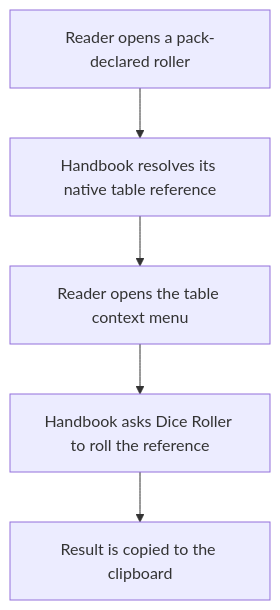
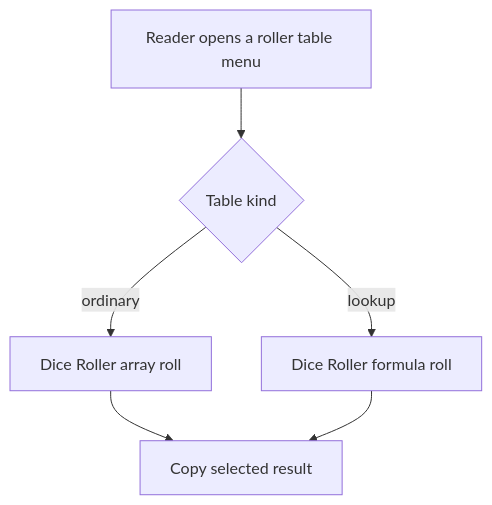
The first of 2 diagrams in aidd_docs/tasks/2026_09/2026_09_22_roller-dice-roller-integration/phase-2.md (RebelliousSmile/obsidian-handbook), drawn with Mermaid before and after one commit. The commit also changed other lines of this file and 14 other files, not shown here.

Commit message:
feat: add optional dice roller tables

````diff
--- a/aidd_docs/tasks/2026_09/2026_09_22_roller-dice-roller-integration/phase-2.md
+++ b/aidd_docs/tasks/2026_09/2026_09_22_roller-dice-roller-integration/phase-2.md
@@ -31,7 +27,8 @@
 ```mermaid
 flowchart TD
-  A[Reader opens a pack-declared roller] --> B[Handbook resolves its native table reference]
-  B --> C[Reader opens the table context menu]
-  C --> D[Handbook asks Dice Roller to roll the reference]
-  D --> E[Result is copied to the clipboard]
+  A[Reader opens a roller table menu] --> B{Table kind}
+  B -->|ordinary| C[Dice Roller array roll]
+  B -->|lookup| D[Dice Roller formula roll]
+  C --> E[Copy selected result]
+  D --> E
 ```
````
